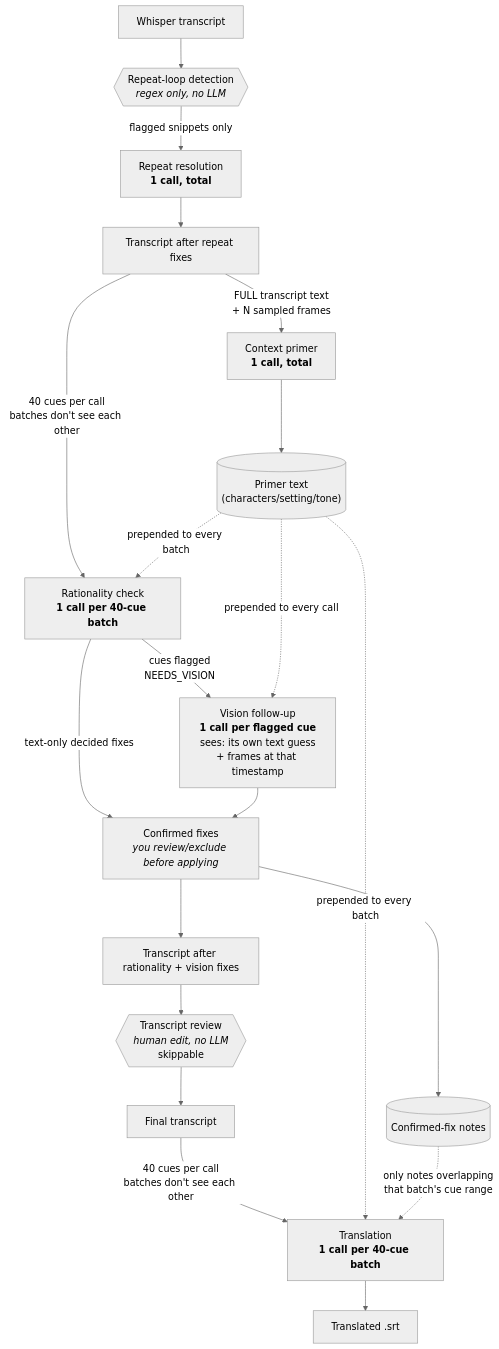
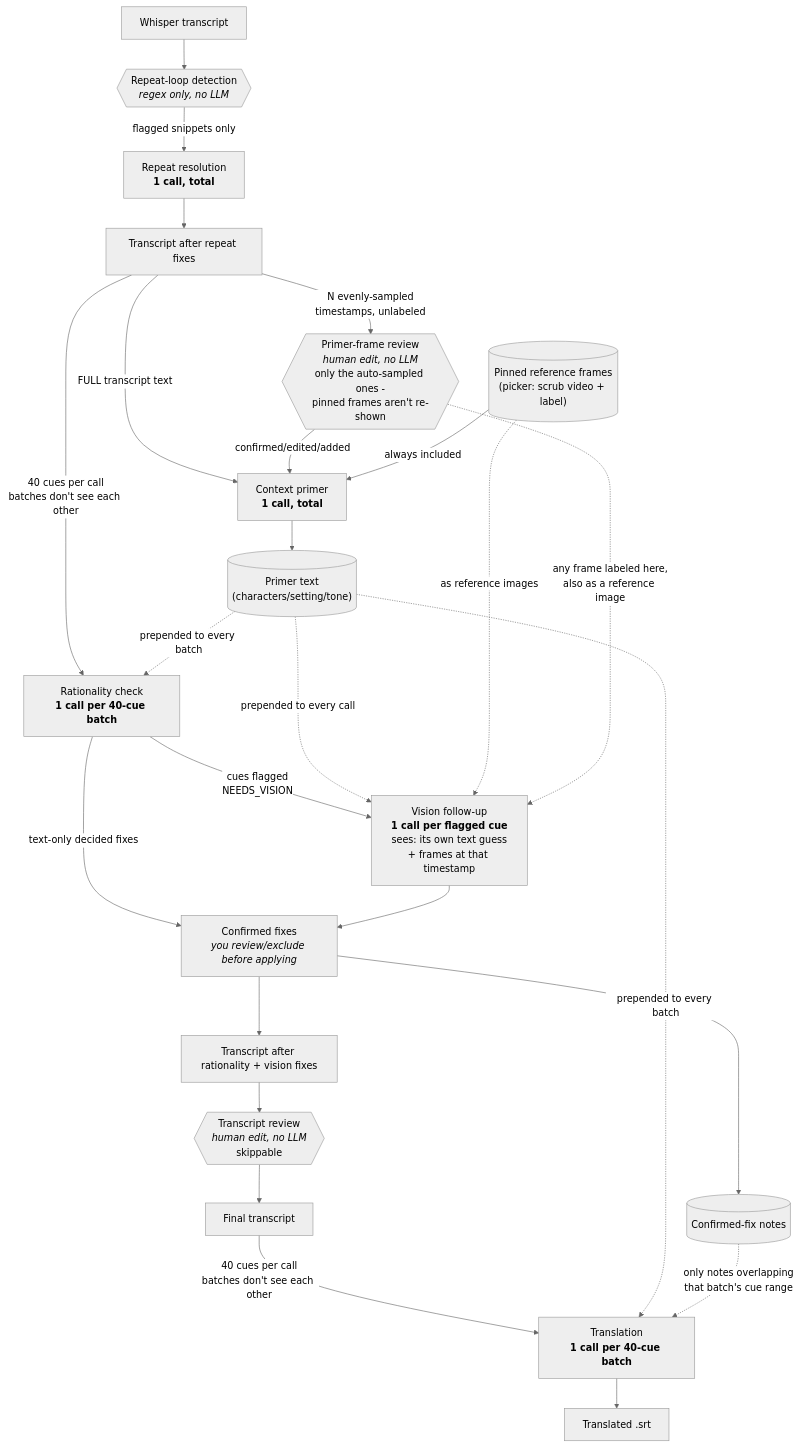
The diagram in README.md (JonathanOrr/LocalSub), drawn with Mermaid (neutral theme) before and after one commit. The commit also changed other lines of this file and 9 other files, not shown here.

````diff
--- a/README.md
+++ b/README.md
@@ -49,30 +54,37 @@
 ```mermaid
 flowchart TD
     A[Whisper transcript] --> B{{"Repeat-loop detection<br/><i>regex only, no LLM</i>"}}
 
     B -->|"flagged snippets only"| C["Repeat resolution<br/><b>1 call, total</b>"]
     C --> D[Transcript after repeat fixes]
 
-    D -->|"FULL transcript text<br/>+ N sampled frames"| E["Context primer<br/><b>1 call, total</b>"]
+    D -->|"N evenly-sampled<br/>timestamps, unlabeled"| PFR{{"Primer-frame review<br/><i>human edit, no LLM</i><br/>only the auto-sampled ones -<br/>pinned frames aren't re-shown"}}
+    RF[("Pinned reference frames<br/>(picker: scrub video + label)")]
+
+    D -->|"FULL transcript text"| E["Context primer<br/><b>1 call, total</b>"]
+    PFR -->|"confirmed/edited/added"| E
+    RF -->|"always included"| E
     E --> P[("Primer text<br/>(characters/setting/tone)")]
 
     D -->|"40 cues per call<br/>batches don't see each other"| F["Rationality check<br/><b>1 call per 40-cue batch</b>"]
     P -.->|"prepended to every batch"| F
 
     F -->|"cues flagged<br/>NEEDS_VISION"| G["Vision follow-up<br/><b>1 call per flagged cue</b><br/>sees: its own text guess<br/>+ frames at that timestamp"]
     P -.->|"prepended to every call"| G
+    RF -.->|"as reference images"| G
+    PFR -.->|"any frame labeled here,<br/>also as a reference image"| G
     F -->|"text-only decided fixes"| CC["Confirmed fixes<br/><i>you review/exclude before applying</i>"]
     G --> CC
 
     CC --> N[("Confirmed-fix notes")]
     CC --> R[Transcript after rationality + vision fixes]
 
     R --> V{{"Transcript review<br/><i>human edit, no LLM</i><br/>skippable"}}
     V --> R2[Final transcript]
 
     R2 -->|"40 cues per call<br/>batches don't see each other"| H["Translation<br/><b>1 call per 40-cue batch</b>"]
     P -.->|"prepended to every batch"| H
     N -.->|"only notes overlapping<br/>that batch's cue range"| H
 
     H --> Z[Translated .srt]
 ```
````
